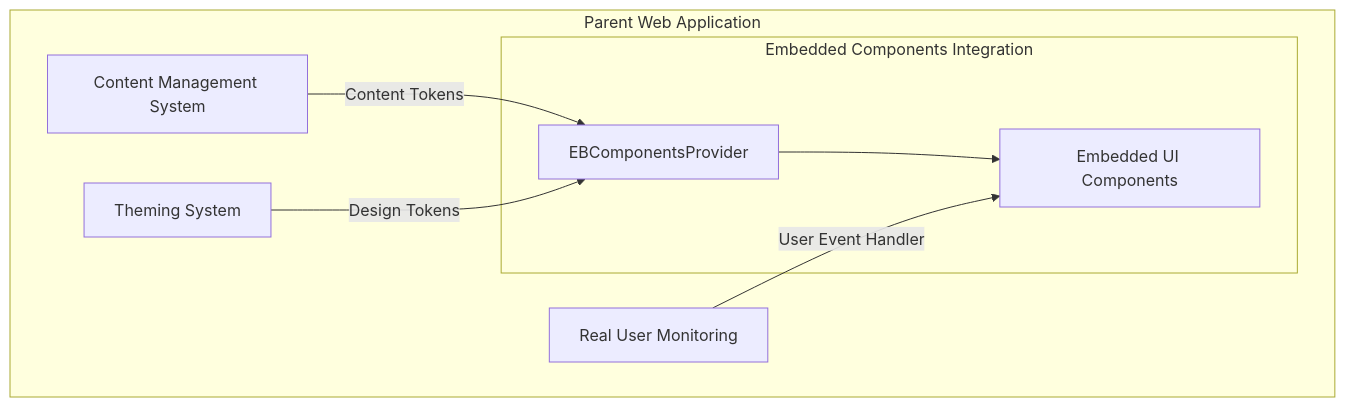
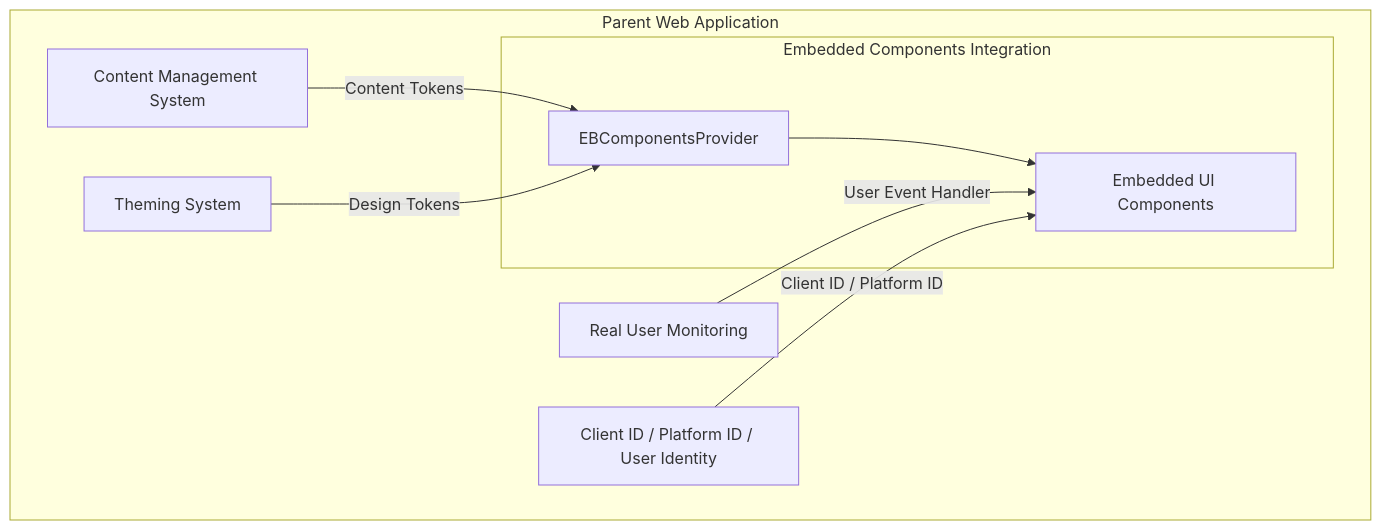
The first of 2 diagrams in embedded-components/README.md (jpmorgan-payments/embedded-finance), drawn with Mermaid before and after one commit. The commit also changed other lines of this file, not shown here.

Commit message:
docs: update README to include client ID and platform ID integration details for onboarding components

````diff
--- a/embedded-components/README.md
+++ b/embedded-components/README.md
@@ -27,19 +27,21 @@
 ```mermaid
 graph TB
     subgraph "Parent Web Application"
         CMS["Content Management System"]
         Theme["Theming System"]
         RUM["Real User Monitoring"]
+        Storage["Client ID / Platform ID / User Identity"]
 
         subgraph "Embedded Components Integration"
             Provider["EBComponentsProvider"]
             Components["Embedded UI Components"]
 
             Provider --> Components
         end
 
         CMS -->|"Content Tokens"| Provider
         Theme -->|"Design Tokens"| Provider
         RUM -->|"User Event Handler"| Components
+        Storage -->|"Client ID / Platform ID"| Components
     end
 ```
````
